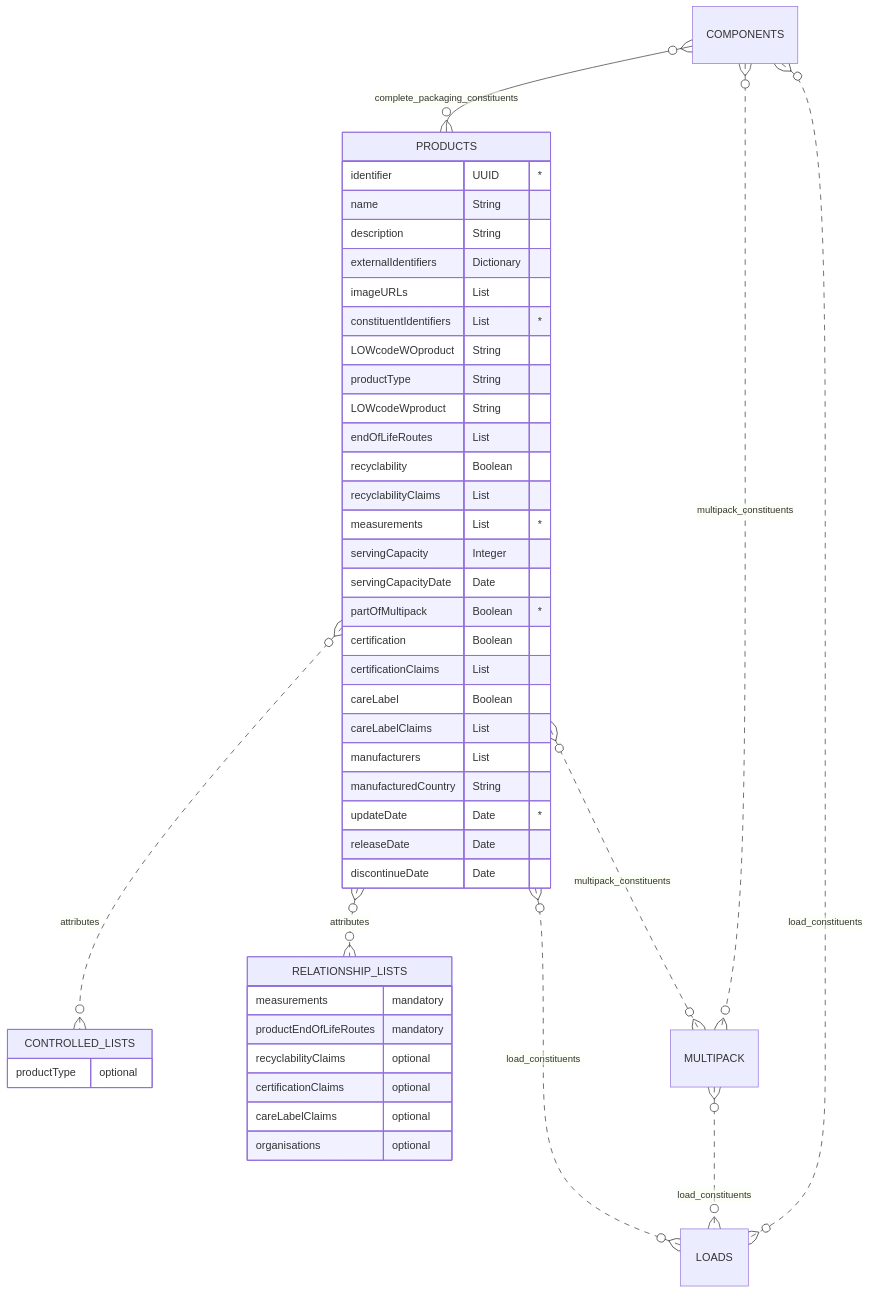
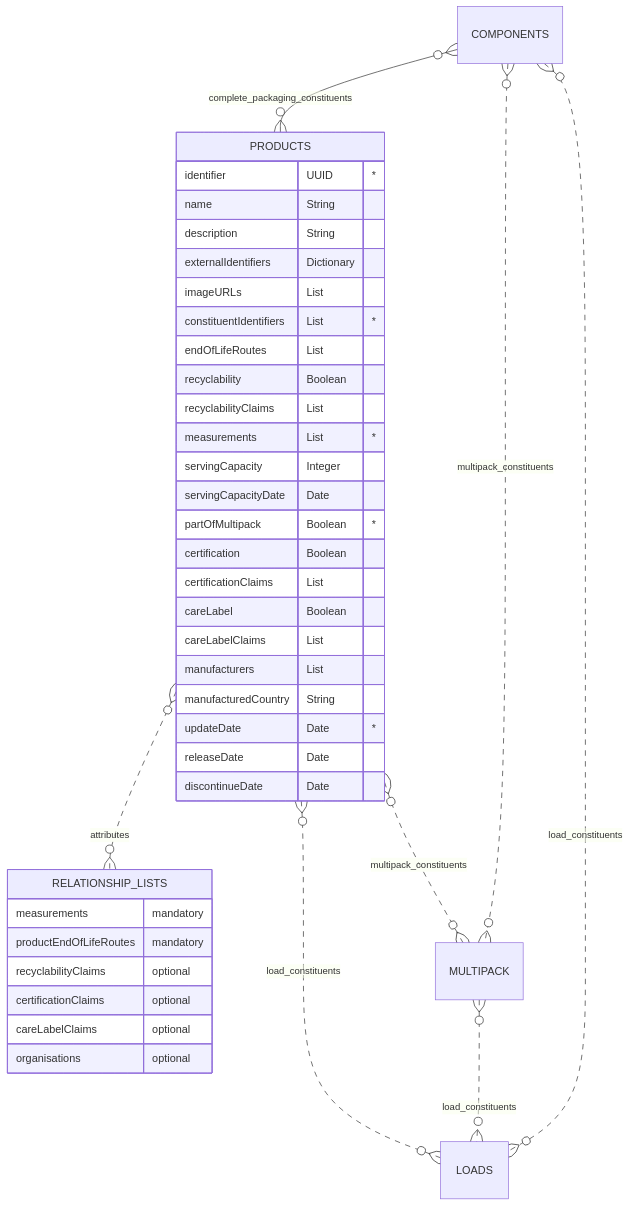
Before and after one commit to OpenDataManchester/OSTFD: the diagram in docs/schema/fashion-and-textile-products.md, drawn with Mermaid. The commit also changed other lines of this file, not shown here.

Commit message:
Remove product type

````diff
--- a/docs/schema/fashion-and-textile-products.md
+++ b/docs/schema/fashion-and-textile-products.md
@@ -45,49 +42,42 @@
 ``` mermaid
 erDiagram
 COMPONENTS }o--o{ PRODUCTS : complete_packaging_constituents
   PRODUCTS {
     identifier UUID "*"
     name String
     description String
     externalIdentifiers Dictionary
     imageURLs List
     constituentIdentifiers List "*"
-    LOWcodeWOproduct String
-    productType String
-    LOWcodeWproduct String
     endOfLifeRoutes List
     recyclability Boolean
     recyclabilityClaims List
     measurements List "*"
     servingCapacity Integer
     servingCapacityDate Date
     partOfMultipack Boolean "*"
     certification Boolean
     certificationClaims List
     careLabel Boolean
     careLabelClaims List
     manufacturers List
     manufacturedCountry String
     updateDate Date "*"
     releaseDate Date
     discontinueDate Date
   }
-  PRODUCTS }o..o{ CONTROLLED_LISTS : attributes
   PRODUCTS }O..O{ RELATIONSHIP_LISTS : attributes
   PRODUCTS }o..o{ MULTIPACK : multipack_constituents
   COMPONENTS }o..o{ MULTIPACK : multipack_constituents
   PRODUCTS }o..o{ LOADS : load_constituents
   MULTIPACK }o..o{ LOADS : load_constituents
   COMPONENTS }o..o{ LOADS : load_constituents
-      CONTROLLED_LISTS {
-      productType optional
-    }
     RELATIONSHIP_LISTS {
       measurements mandatory
       productEndOfLifeRoutes mandatory
       recyclabilityClaims optional
       certificationClaims optional
       careLabelClaims optional
       organisations optional
     }
 ```
````
